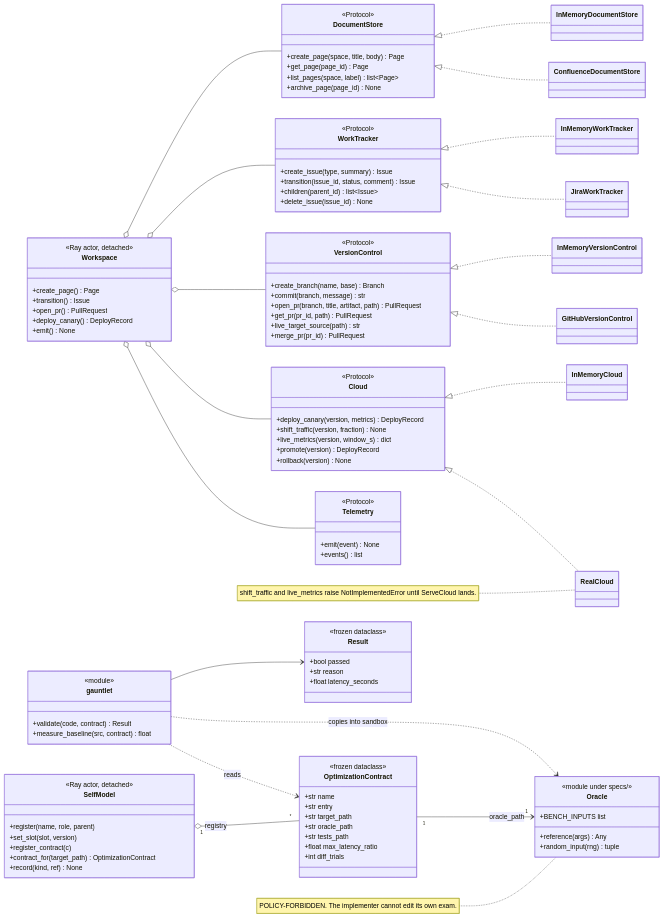
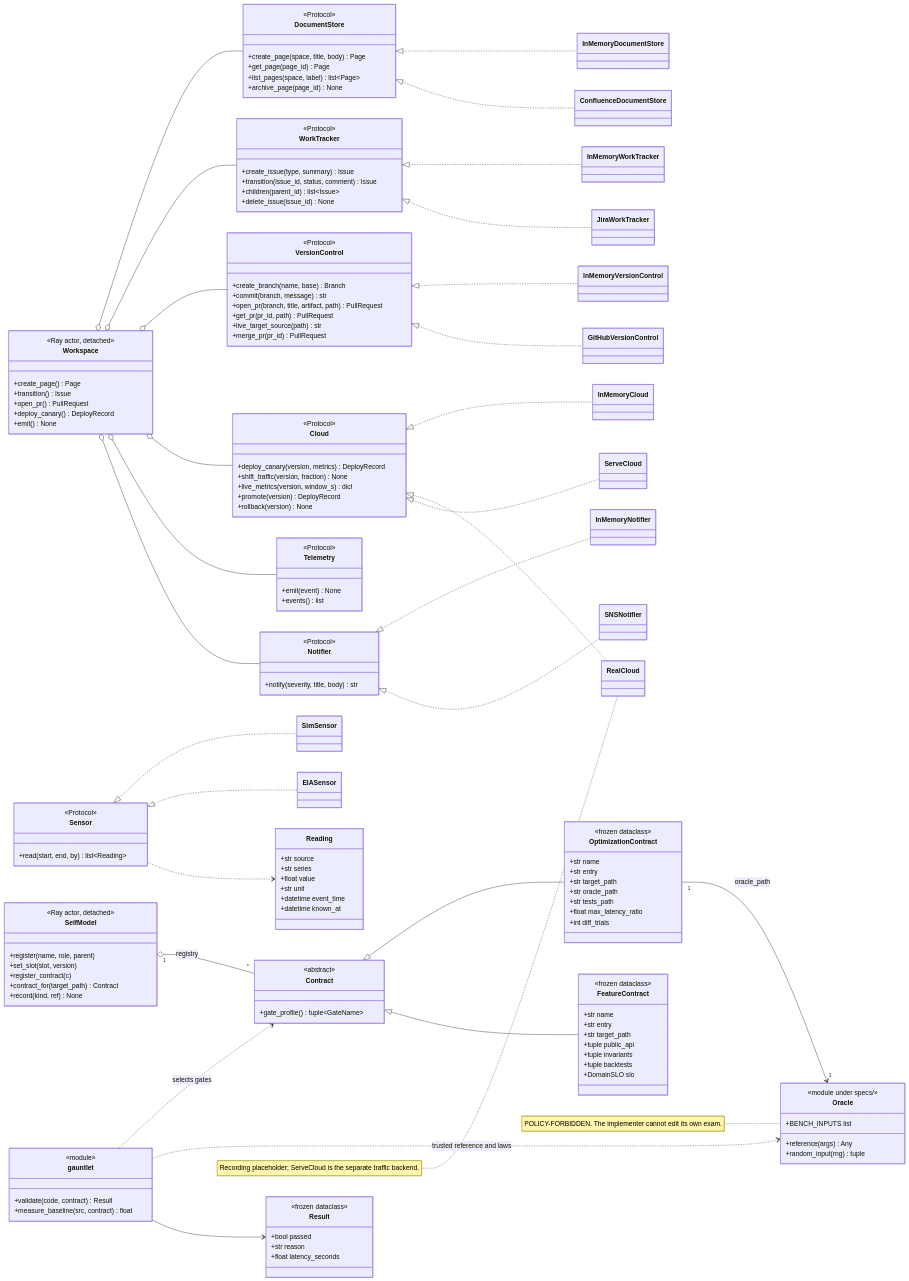
One commit to ozumpe/omnibase changed the first of 6 diagrams in docs/DIAGRAMS.md. Above: the diagram before and after it, drawn with Mermaid. The commit also changed other lines of this file and 16 other files, not shown here.

````diff
--- a/docs/DIAGRAMS.md
+++ b/docs/DIAGRAMS.md
@@ -73,6 +75,32 @@
     class JiraWorkTracker
     class GitHubVersionControl
     class RealCloud
+    class ServeCloud
+    class Notifier {
+        <<Protocol>>
+        +notify(severity, title, body) str
+    }
+    class Sensor {
+        <<Protocol>>
+        +read(start, end, by) list~Reading~
+    }
+    class Reading {
+        +str source
+        +str series
+        +float value
+        +str unit
+        +datetime event_time
+        +datetime known_at
+    }
+    class SimSensor
+    class EIASensor
+    class InMemoryNotifier
+    class SNSNotifier
+    Sensor <|.. SimSensor
+    Sensor <|.. EIASensor
+    Sensor ..> Reading
+    Notifier <|.. InMemoryNotifier
+    Notifier <|.. SNSNotifier
 
     DocumentStore <|.. InMemoryDocumentStore
     DocumentStore <|.. ConfluenceDocumentStore
@@ -82,6 +110,7 @@
     VersionControl <|.. GitHubVersionControl
     Cloud <|.. InMemoryCloud
     Cloud <|.. RealCloud
+    Cloud <|.. ServeCloud
 
     class Workspace {
         <<Ray actor, detached>>
@@ -96,16 +125,31 @@
     Workspace o-- VersionControl
     Workspace o-- Cloud
     Workspace o-- Telemetry
+    Workspace o-- Notifier
 
     class SelfModel {
         <<Ray actor, detached>>
         +register(name, role, parent)
         +set_slot(slot, version)
         +register_contract(c)
-        +contract_for(target_path) OptimizationContract
+        +contract_for(target_path) Contract
         +record(kind, ref) None
     }
 
+    class Contract {
+        <<abstract>>
+        +gate_profile() tuple~GateName~
+    }
+    class FeatureContract {
+        <<frozen dataclass>>
+        +str name
+        +str entry
+        +str target_path
+        +tuple public_api
+        +tuple invariants
+        +tuple backtests
+        +DomainSLO slo
+    }
     class OptimizationContract {
         <<frozen dataclass>>
         +str name
@@ -134,12 +178,14 @@
         +float latency_seconds
     }
 
-    SelfModel "1" o-- "*" OptimizationContract : registry
+    Contract <|-- OptimizationContract
+    Contract <|-- FeatureContract
+    SelfModel "1" o-- "*" Contract : registry
     OptimizationContract "1" --> "1" Oracle : oracle_path
-    gauntlet ..> OptimizationContract : reads
-    gauntlet ..> Oracle : copies into sandbox
+    gauntlet ..> Contract : selects gates
+    gauntlet ..> Oracle : trusted reference and laws
     gauntlet --> Result
 
     note for Oracle "POLICY-FORBIDDEN. The implementer cannot edit its own exam."
-    note for RealCloud "shift_traffic and live_metrics raise NotImplementedError until ServeCloud lands."
+    note for RealCloud "Recording placeholder; ServeCloud is the separate traffic backend."
 ```
````
